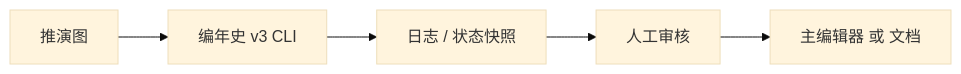
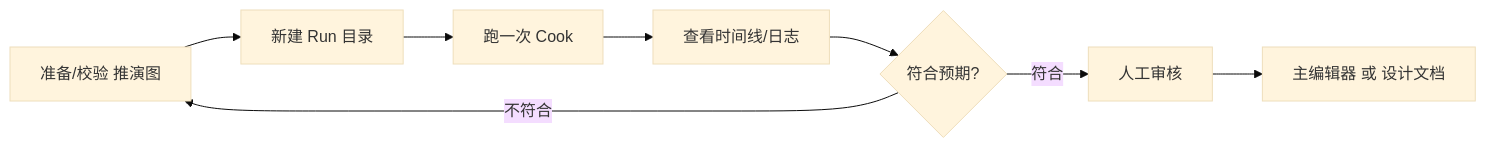
The diagram in docs/editors/sim-domain/chronicle-sim-v3.md (wubugui/GDoc), drawn with Mermaid (base theme) before and after one commit. The commit also changed other lines of this file and 112 other files, not shown here.

````diff
--- a/docs/editors/sim-domain/chronicle-sim-v3.md
+++ b/docs/editors/sim-domain/chronicle-sim-v3.md
@@ -79,9 +39,12 @@
 ```mermaid
 flowchart LR
-  GRAPH[推演图]
-  V3[编年史 v3 CLI]
-  GRAPH --> V3
-  V3 --> LOG[日志 / 状态快照]
-  LOG --> REV[人工审核]
-  REV --> ED[主编辑器 或 文档]
+  GRAPH[准备/校验 推演图]
+  RUNDIR[新建 Run 目录]
+  COOK[跑一次 Cook]
+  LOG[查看时间线/日志]
+  GRAPH --> RUNDIR --> COOK --> LOG
+  LOG --> DECIDE{符合预期?}
+  DECIDE -- 不符合 --> GRAPH
+  DECIDE -- 符合 --> REV[人工审核]
+  REV --> ED[主编辑器 或 设计文档]
 ```
````
